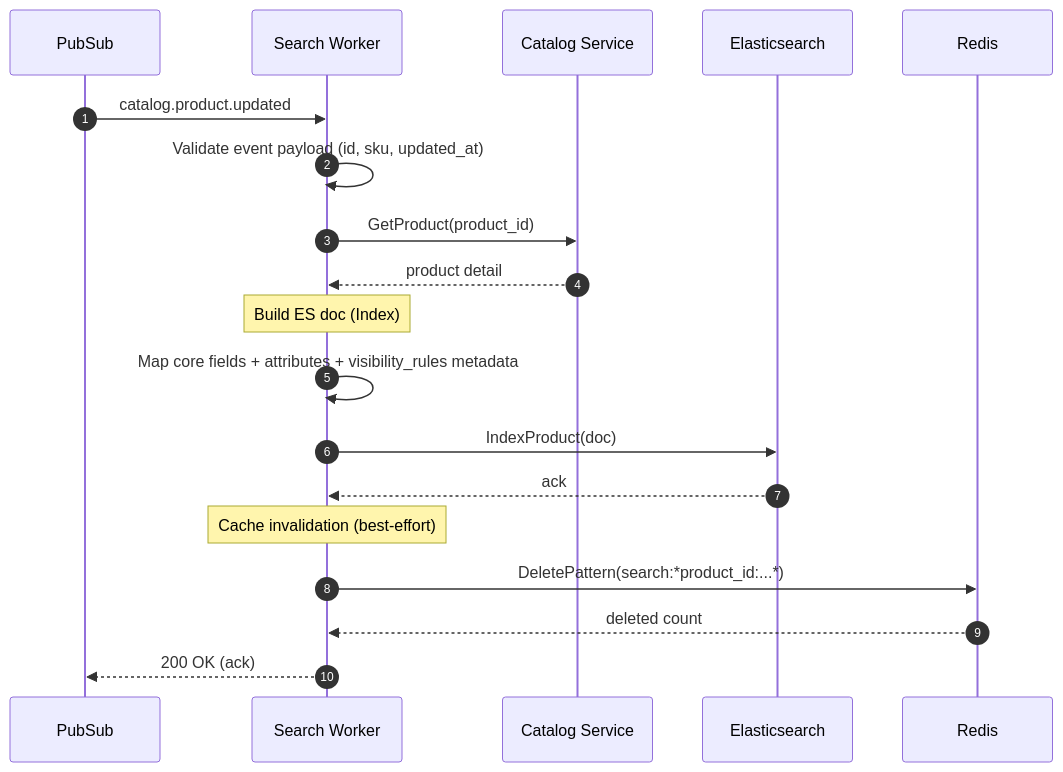
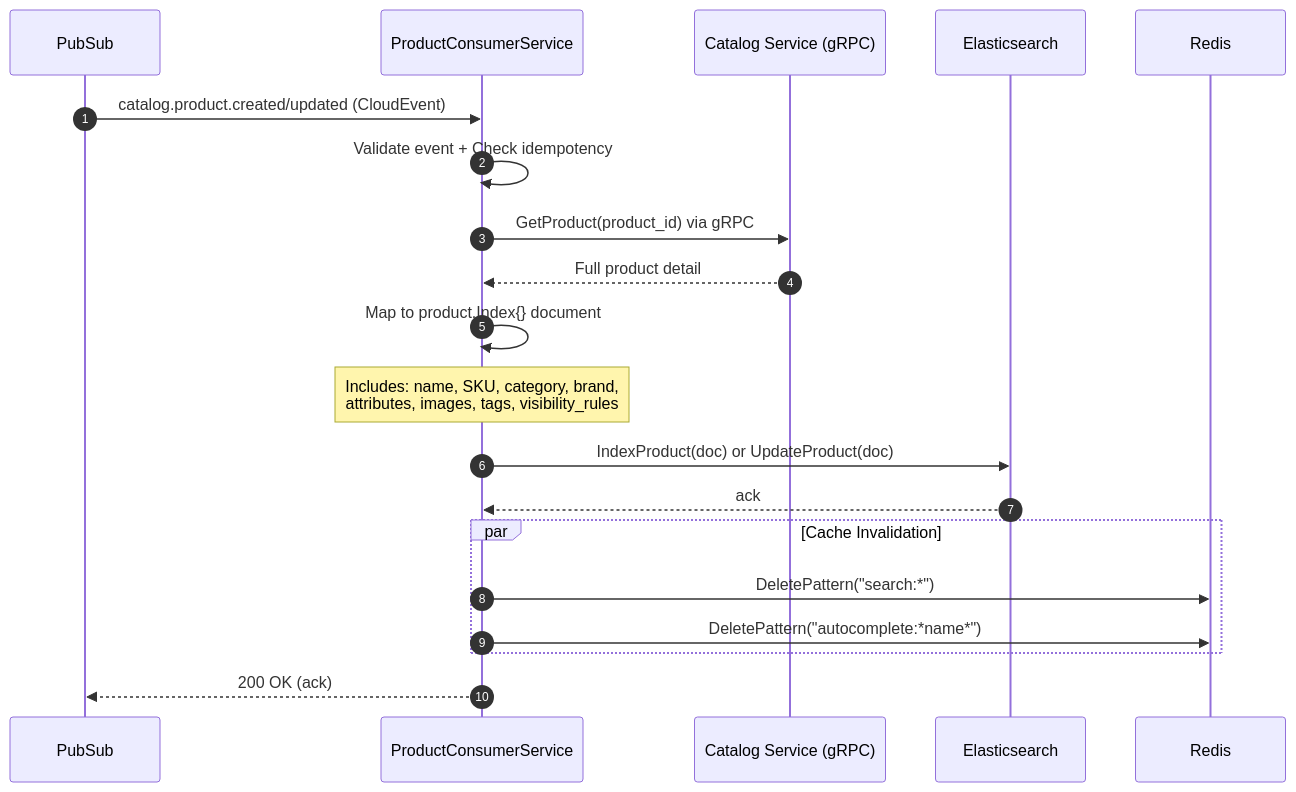
The fifth of 12 diagrams in 02-business-domains/content/search-discovery.md (vesviet/Composable-Commerce-Service-Architecture), drawn with Mermaid before and after one commit. The commit also changed other lines of this file and 9 other files, not shown here.

````diff
--- a/02-business-domains/content/search-discovery.md
+++ b/02-business-domains/content/search-discovery.md
@@ -584,26 +235,25 @@
 ```mermaid
 sequenceDiagram
-  autonumber
-  participant PUB as PubSub
-  participant W as Search Worker
-  participant CAT as Catalog Service
-  participant ES as Elasticsearch
-  participant R as Redis
+    autonumber
+    participant PUB as PubSub
+    participant W as ProductConsumerService
+    participant CAT as Catalog Service (gRPC)
+    participant ES as Elasticsearch
+    participant R as Redis
 
-  PUB->>W: catalog.product.updated
-  W->>W: Validate event payload (id, sku, updated_at)
-  W->>CAT: GetProduct(product_id)
-  CAT-->>W: product detail
+    PUB->>W: catalog.product.created/updated (CloudEvent)
+    W->>W: Validate event + Check idempotency
+    W->>CAT: GetProduct(product_id) via gRPC
+    CAT-->>W: Full product detail
+    W->>W: Map to product.Index{} document
+    Note over W: Includes: name, SKU, category, brand,<br/>attributes, images, tags, visibility_rules
+    W->>ES: IndexProduct(doc) or UpdateProduct(doc)
+    ES-->>W: ack
 
-  Note over W: Build ES doc (Index)
-  W->>W: Map core fields + attributes + visibility_rules metadata
+    par Cache Invalidation
+        W->>R: DeletePattern("search:*")
+        W->>R: DeletePattern("autocomplete:*name*")
+    end
 
-  W->>ES: IndexProduct(doc)
-  ES-->>W: ack
-
-  Note over W: Cache invalidation (best-effort)
-  W->>R: DeletePattern(search:*product_id:...*)
-  R-->>W: deleted count
-
-  W-->>PUB: 200 OK (ack)
+    W-->>PUB: 200 OK (ack)
 ```
````
